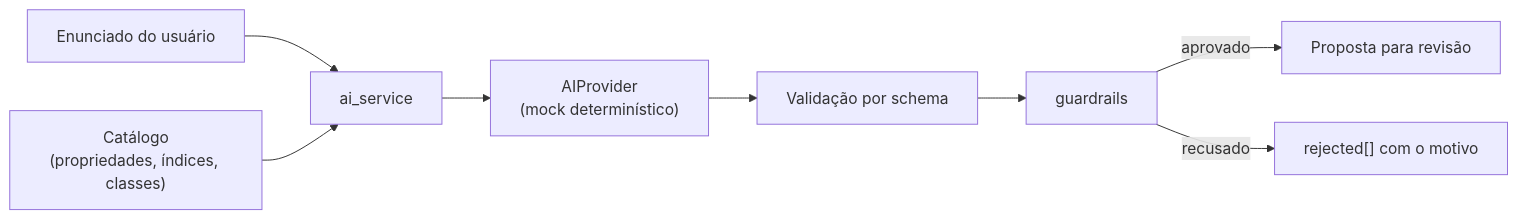
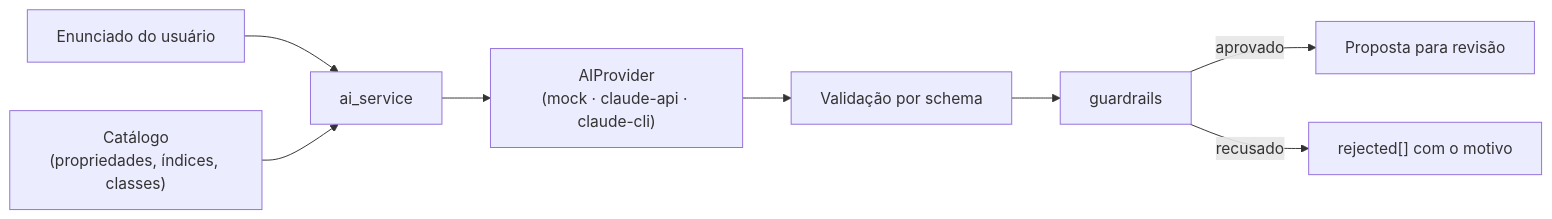
Before and after one commit to Streeft/MaterialSelect-AI: the second of 6 diagrams in docs/ARCHITECTURE.md, drawn with Mermaid. The commit also changed other lines of this file and 21 other files, not shown here.

````diff
--- a/docs/ARCHITECTURE.md
+++ b/docs/ARCHITECTURE.md
@@ -136,10 +136,10 @@
 ```mermaid
 flowchart LR
   T["Enunciado do usuário"] --> S["ai_service"]
   C["Catálogo<br/>(propriedades, índices, classes)"] --> S
-  S --> P["AIProvider<br/>(mock determinístico)"]
+  S --> P["AIProvider<br/>(mock · claude-api · claude-cli)"]
   P --> V["Validação por schema"]
   V --> G["guardrails"]
   G -->|aprovado| U["Proposta para revisão"]
   G -->|recusado| Rj["rejected[] com o motivo"]
 ```
````
